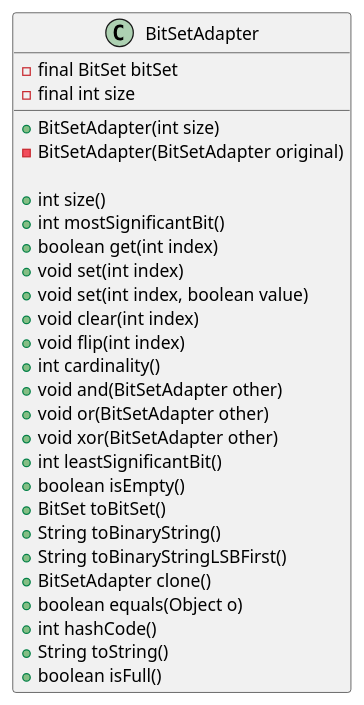
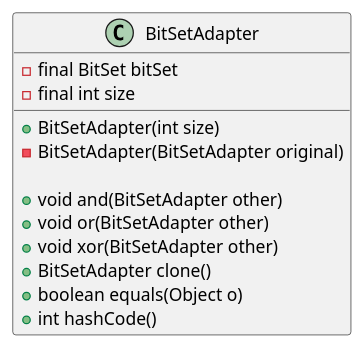
One commit to Kevin-L-Github/asd-project changed the diagram in src/main/plantuml/BitsetAdapter.puml. Above: the diagram before and after it, drawn with PlantUML. The commit also changed 11 other files, not shown here.

Commit message:
Altri UML

```diff
--- a/src/main/plantuml/BitsetAdapter.puml
+++ b/src/main/plantuml/BitsetAdapter.puml
@@ -1,32 +1,17 @@
-@startuml
+@startuml BitSetAdapter
 
 class BitSetAdapter {
     - final BitSet bitSet
     - final int size
 
     + BitSetAdapter(int size)
     - BitSetAdapter(BitSetAdapter original)
 
-    + int size()
-    + int mostSignificantBit()
-    + boolean get(int index)
-    + void set(int index)
-    + void set(int index, boolean value)
-    + void clear(int index)
-    + void flip(int index)
-    + int cardinality()
     + void and(BitSetAdapter other)
     + void or(BitSetAdapter other)
     + void xor(BitSetAdapter other)
-    + int leastSignificantBit()
-    + boolean isEmpty()
-    + BitSet toBitSet()
-    + String toBinaryString()
-    + String toBinaryStringLSBFirst()
     + BitSetAdapter clone()
     + boolean equals(Object o)
     + int hashCode()
-    + String toString()
-    + boolean isFull()
 }
 @enduml
```
